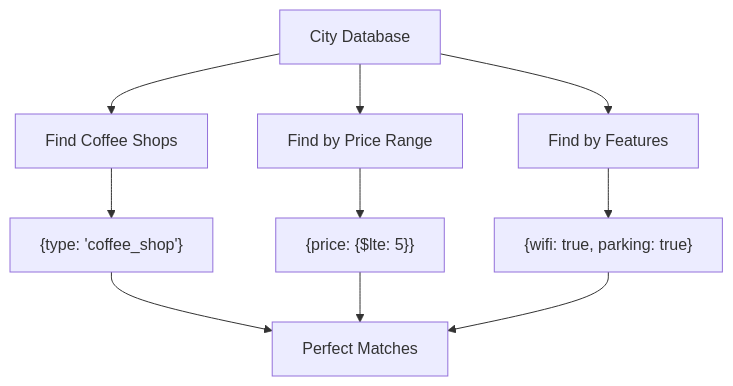
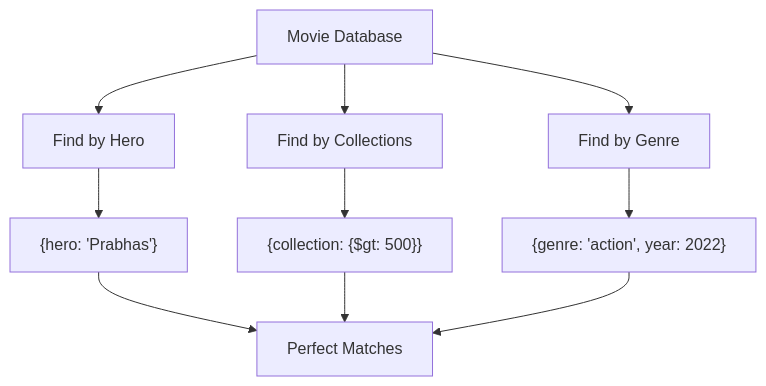
Before and after one commit to viswanathsandu/QuickGuides: the sixth of 11 diagrams in mongodb-nature-guide.md, drawn with Mermaid. The commit also changed other lines of this file, not shown here.

````diff
--- a/mongodb-nature-guide.md
+++ b/mongodb-nature-guide.md
@@ -404,14 +516,14 @@
 ```mermaid
 graph TD
-    A[City Database] --> B[Find Coffee Shops]
-    A --> C[Find by Price Range]
-    A --> D[Find by Features]
+    A[Movie Database] --> B[Find by Hero]
+    A --> C[Find by Collections]
+    A --> D[Find by Genre]
     
-    B --> B1["{type: 'coffee_shop'}"]
-    C --> C1["{price: {$lte: 5}}"]
-    D --> D1["{wifi: true, parking: true}"]
+    B --> B1["{hero: 'Prabhas'}"]
+    C --> C1["{collection: {$gt: 500}}"]
+    D --> D1["{genre: 'action', year: 2022}"]
     
     B1 --> E[Perfect Matches]
     C1 --> E
     D1 --> E
 ```
````
